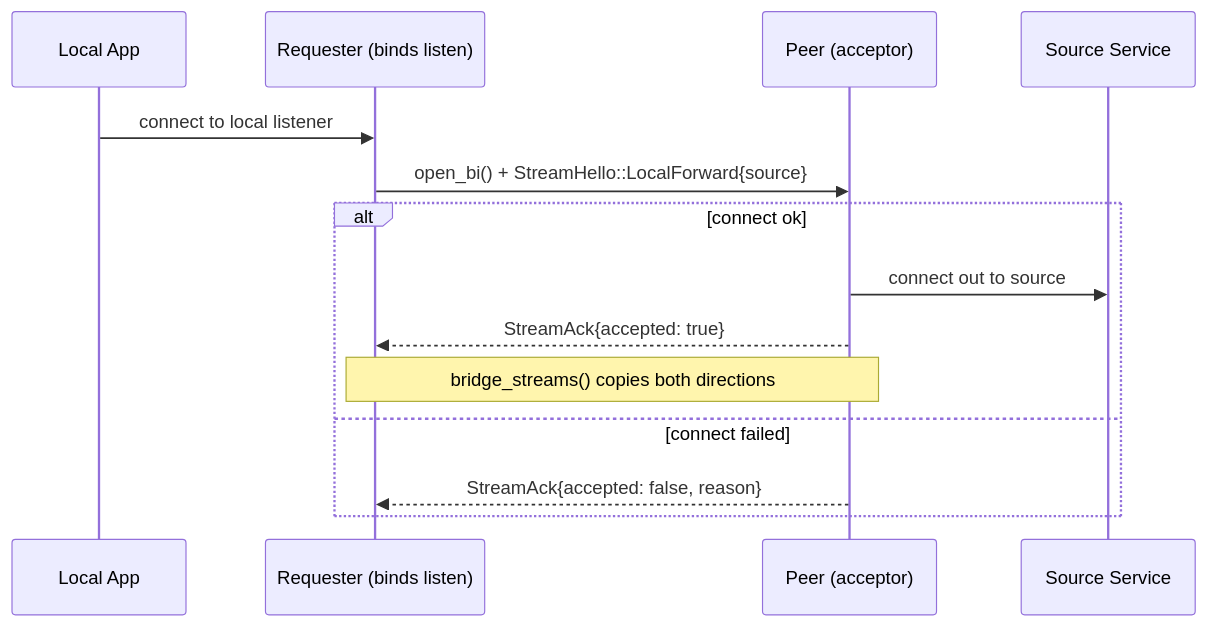
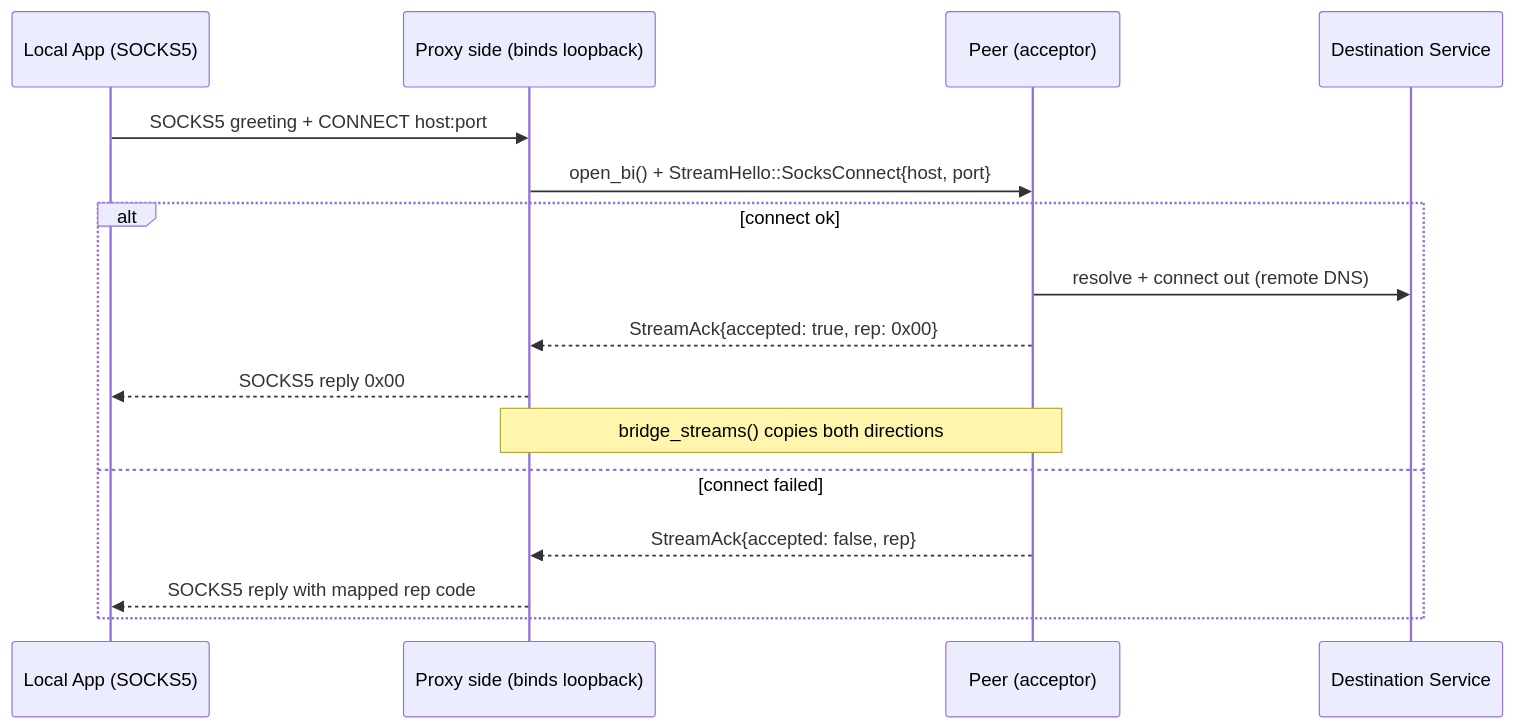
One commit to andrewtheguy/duopipe changed the eighth of 21 diagrams in docs/ARCHITECTURE.md. Above: the diagram before and after it, drawn with Mermaid. The commit also changed other lines of this file and 11 other files, not shown here.

````diff
--- a/docs/ARCHITECTURE.md
+++ b/docs/ARCHITECTURE.md
@@ -275,17 +278,19 @@
 ```mermaid
 sequenceDiagram
-    participant App as Local App
-    participant O as Requester (binds listen)
+    participant App as Local App (SOCKS5)
+    participant O as Proxy side (binds loopback)
     participant P as Peer (acceptor)
-    participant T as Source Service
+    participant T as Destination Service
 
-    App->>O: connect to local listener
-    O->>P: open_bi() + StreamHello::LocalForward{source}
+    App->>O: SOCKS5 greeting + CONNECT host:port
+    O->>P: open_bi() + StreamHello::SocksConnect{host, port}
     alt connect ok
-        P->>T: connect out to source
-        P-->>O: StreamAck{accepted: true}
+        P->>T: resolve + connect out (remote DNS)
+        P-->>O: StreamAck{accepted: true, rep: 0x00}
+        O-->>App: SOCKS5 reply 0x00
         Note over O,P: bridge_streams() copies both directions
     else connect failed
-        P-->>O: StreamAck{accepted: false, reason}
+        P-->>O: StreamAck{accepted: false, rep}
+        O-->>App: SOCKS5 reply with mapped rep code
     end
 ```
````
